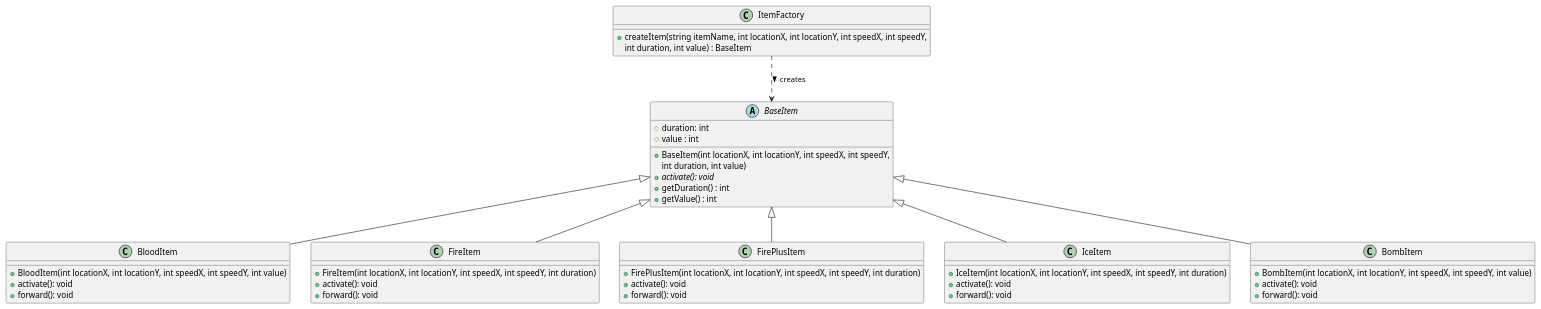
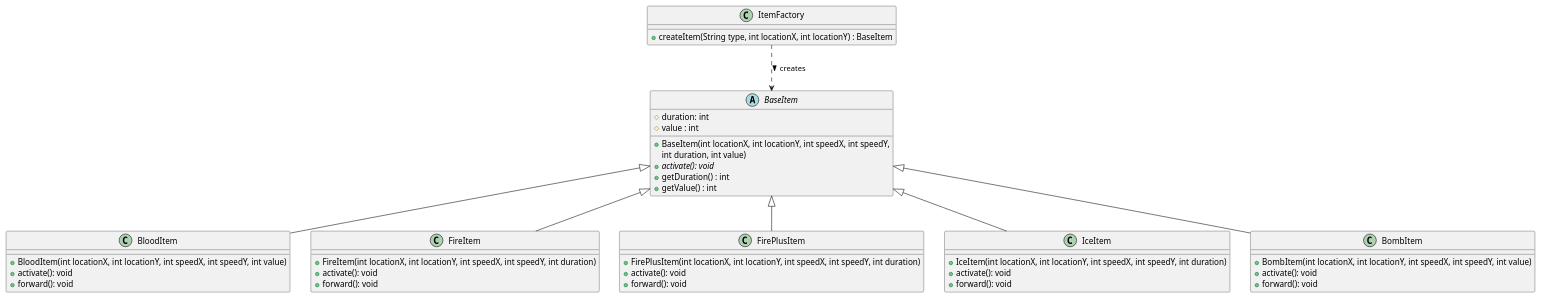
The diagram in uml/SimpleFactory.puml (RainyTianyi/HITSZ_java_exp), drawn with PlantUML before and after one commit. The commit also changed 5 other files, not shown here.

Commit message:
修改uml图（但是具体敌机类与子弹有关的类变量还没画上去）。将具体敌机类与子弹有关的类变量设为静态。

```diff
--- a/uml/SimpleFactory.puml
+++ b/uml/SimpleFactory.puml
@@ -1,64 +1,63 @@
 @startuml
 'https://plantuml.com/class-diagram
 
 ' 道具生成：使用简单工厂模式
 
 ' 道具抽象类
 abstract class BaseItem {
     # duration: int
     # value : int
 
     + BaseItem(int locationX, int locationY, int speedX, int speedY,
     int duration, int value)
     + {abstract} activate(): void
     + getDuration() : int
     + getValue() : int
 }
 
 ' 道具简单工厂类
 class ItemFactory {
-    + createItem(string itemName, int locationX, int locationY, int speedX, int speedY,
-                 int duration, int value) : BaseItem
+    + createItem(String type, int locationX, int locationY) : BaseItem
 }
 
 ' 工厂实现依赖抽象产品
 ItemFactory ..> BaseItem : creates >
 
 ' ==================== 5 种道具 ====================
 class BloodItem {
     + BloodItem(int locationX, int locationY, int speedX, int speedY, int value)
     + activate(): void
     + forward(): void
 }
 
 class FireItem {
     + FireItem(int locationX, int locationY, int speedX, int speedY, int duration)
     + activate(): void
     + forward(): void
 }
 
 class FirePlusItem {
     + FirePlusItem(int locationX, int locationY, int speedX, int speedY, int duration)
     + activate(): void
     + forward(): void
 }
 
 class IceItem {
     + IceItem(int locationX, int locationY, int speedX, int speedY, int duration)
     + activate(): void
     + forward(): void
 }
 
 class BombItem {
     + BombItem(int locationX, int locationY, int speedX, int speedY, int value)
     + activate(): void
     + forward(): void
 }
 
 BaseItem <|-- BloodItem
 BaseItem <|-- FireItem
 BaseItem <|-- FirePlusItem
 BaseItem <|-- IceItem
 BaseItem <|-- BombItem
 
 @enduml
```
